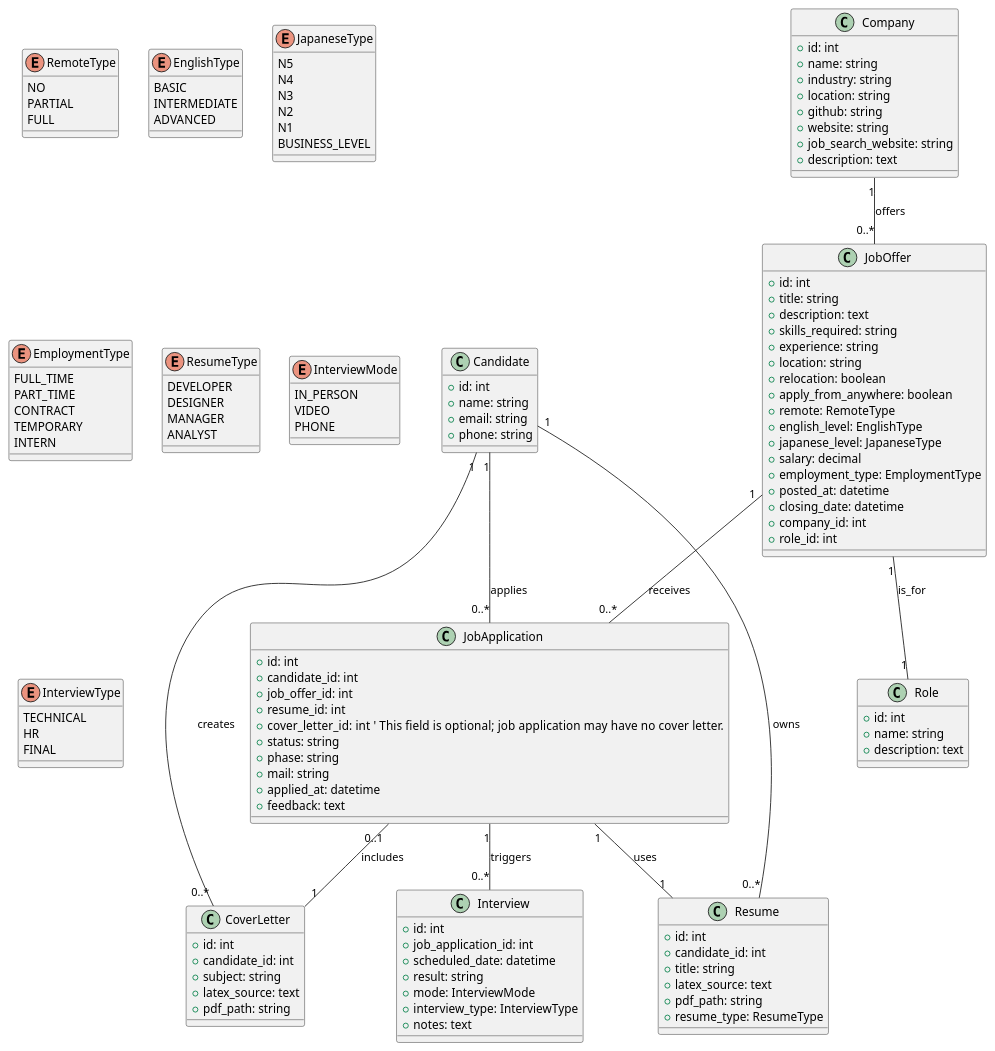
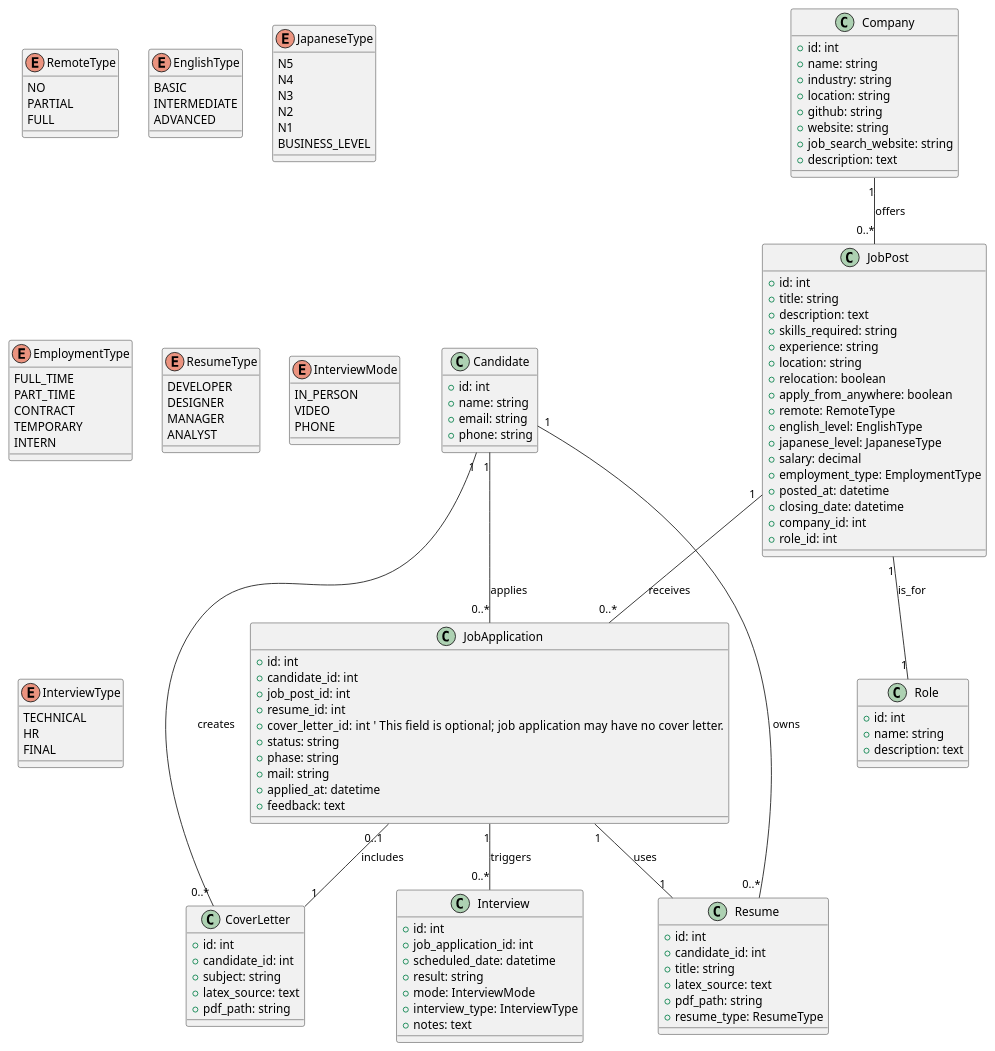
The diagram in docs/class_diagram.puml (cryptrunner49/job-hunters), drawn with PlantUML before and after one commit. The commit also changed 33 other files, not shown here.

First line of the commit message:
Refactor job offers to job posts and rename related tables and controllers

```diff
--- a/docs/class_diagram.puml
+++ b/docs/class_diagram.puml
@@ -1,158 +1,158 @@
 @startuml
 
 ' Candidate represents a user applying to jobs.
 class Candidate {
   + id: int
   + name: string
   + email: string
   + phone: string
 }
 
-' Company offers many JobOffers.
+' Company offers many JobPosts.
 class Company {
   + id: int
   + name: string
   + industry: string
   + location: string
   + github: string
   + website: string
   + job_search_website: string
   + description: text
 }
 
-' Role defines the position for a JobOffer.
+' Role defines the position for a JobPost.
 class Role {
   + id: int
   + name: string
   + description: text
 }
 
-' JobOffer belongs to one Company and is associated with one Role.
-class JobOffer {
+' JobPost belongs to one Company and is associated with one Role.
+class JobPost {
   + id: int
   + title: string
   + description: text
   + skills_required: string
   + experience: string
   + location: string
   + relocation: boolean
   + apply_from_anywhere: boolean
   + remote: RemoteType
   + english_level: EnglishType
   + japanese_level: JapaneseType
   + salary: decimal
   + employment_type: EmploymentType
   + posted_at: datetime
   + closing_date: datetime
   + company_id: int
   + role_id: int
 }
 
 ' Resume represents one of the candidate's CVs.
 class Resume {
   + id: int
   + candidate_id: int
   + title: string
   + latex_source: text
   + pdf_path: string
   + resume_type: ResumeType
 }
 
 ' CoverLetter represents a cover letter a candidate can create.
 class CoverLetter {
   + id: int
   + candidate_id: int
   + subject: string
   + latex_source: text
   + pdf_path: string
 }
 
-' JobApplication links a candidate (with a Resume and an optional CoverLetter) to a JobOffer.
+' JobApplication links a candidate (with a Resume and an optional CoverLetter) to a JobPost.
 class JobApplication {
   + id: int
   + candidate_id: int
-  + job_offer_id: int
+  + job_post_id: int
   + resume_id: int
   + cover_letter_id: int   ' This field is optional; job application may have no cover letter.
   + status: string
   + phase: string
   + mail: string
   + applied_at: datetime
   + feedback: text
 }
 
 ' Interview is scheduled for a JobApplication.
 class Interview {
   + id: int
   + job_application_id: int
   + scheduled_date: datetime
   + result: string
   + mode: InterviewMode
   + interview_type: InterviewType
   + notes: text
 }
 
 ' Enum definitions
 enum RemoteType {
   NO
   PARTIAL
   FULL
 }
 
 enum EnglishType {
   BASIC
   INTERMEDIATE
   ADVANCED
 }
 
 enum JapaneseType {
   N5
   N4
   N3
   N2
   N1
   BUSINESS_LEVEL
 }
 
 enum EmploymentType {
   FULL_TIME
   PART_TIME
   CONTRACT
   TEMPORARY
   INTERN
 }
 
 enum ResumeType {
   DEVELOPER
   DESIGNER
   MANAGER
   ANALYST
 }
 
 enum InterviewMode {
   IN_PERSON
   VIDEO
   PHONE
 }
 
 enum InterviewType {
   TECHNICAL
   HR
   FINAL
 }
 
 ' Define relationships
 Candidate "1" -- "0..*" Resume : owns
 Candidate "1" -- "0..*" CoverLetter : creates
 Candidate "1" -- "0..*" JobApplication : applies
 
-Company "1" -- "0..*" JobOffer : offers
+Company "1" -- "0..*" JobPost : offers
 
-JobOffer "1" -- "1" Role : is_for
-JobOffer "1" -- "0..*" JobApplication : receives
+JobPost "1" -- "1" Role : is_for
+JobPost "1" -- "0..*" JobApplication : receives
 
 JobApplication "1" -- "1" Resume : uses
 JobApplication "0..1" -- "1" CoverLetter : includes
 JobApplication "1" -- "0..*" Interview : triggers
 
 @enduml
```
